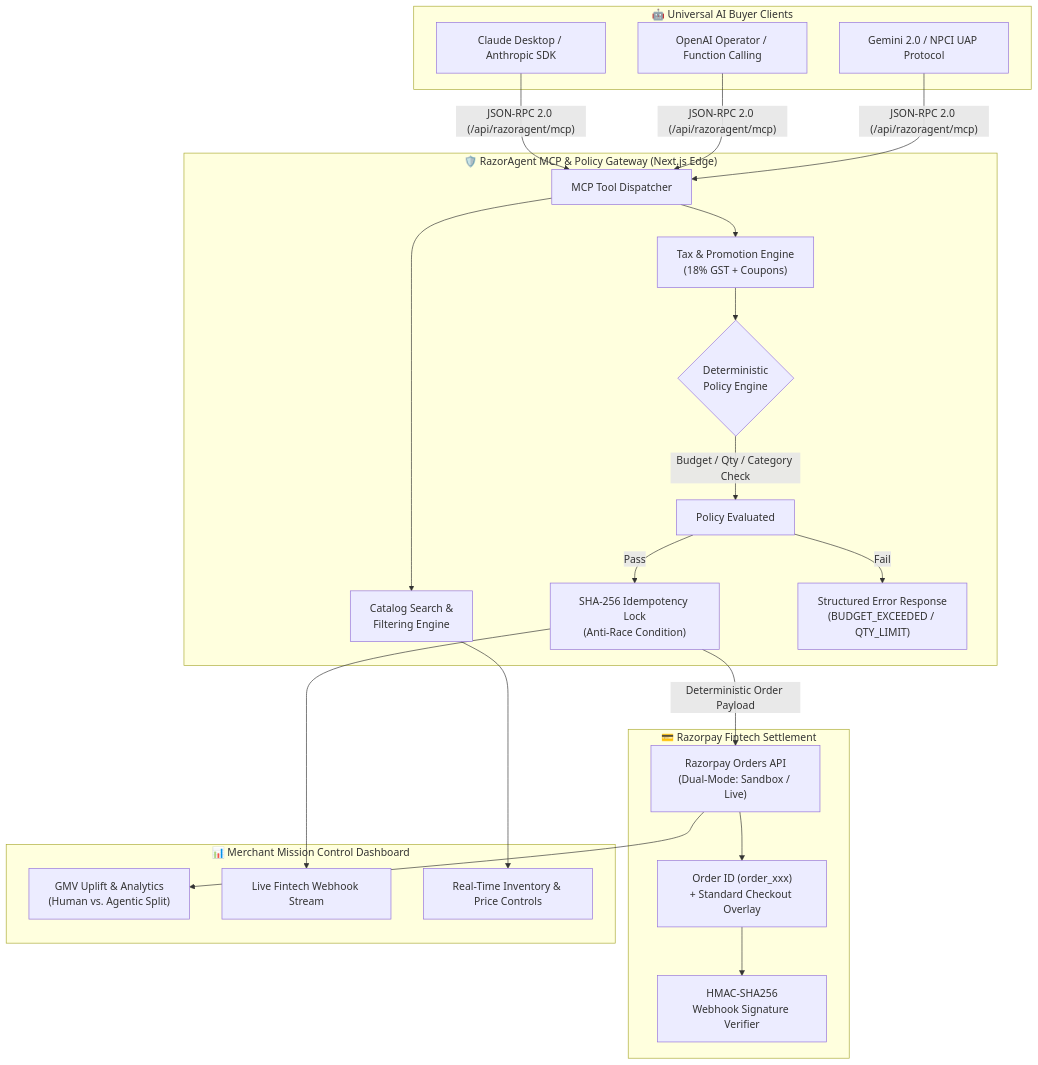
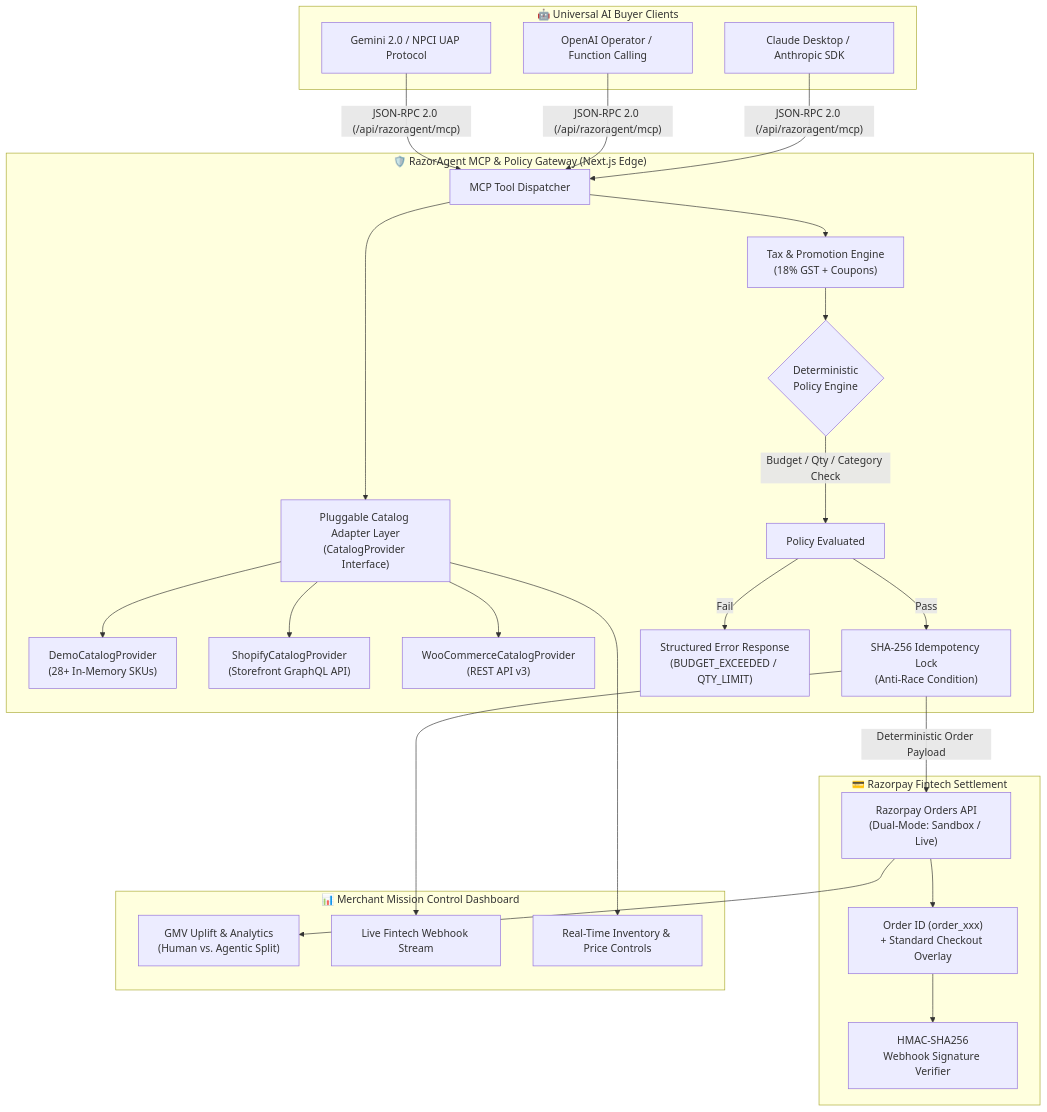
Before and after one commit to Piyush-Thakur7/razoragent: the diagram in README.md, drawn with Mermaid. The commit also changed other lines of this file and 52 other files, not shown here.

Commit message:
feat: release v1.1.0 - pluggable CatalogProvider architecture, Shopify/WooCommerce adapters, merchant connect wizard, and honest labeling

````diff
--- a/README.md
+++ b/README.md
@@ -32,34 +33,39 @@
 ```mermaid
 flowchart TD
     subgraph Client["🤖 Universal AI Buyer Clients"]
         Agent1["Claude Desktop / Anthropic SDK"]
         Agent2["OpenAI Operator / Function Calling"]
         Agent3["Gemini 2.0 / NPCI UAP Protocol"]
     end
 
     subgraph Gateway["🛡️ RazorAgent MCP & Policy Gateway (Next.js Edge)"]
         Agent1 & Agent2 & Agent3 -->|"JSON-RPC 2.0 (/api/razoragent/mcp)"| MCP["MCP Tool Dispatcher"]
         
-        MCP --> Catalog["Catalog Search &\nFiltering Engine"]
+        MCP --> CatalogAdapter["Pluggable Catalog Adapter Layer\n(CatalogProvider Interface)"]
+        
+        CatalogAdapter --> Prov1["DemoCatalogProvider\n(28+ In-Memory SKUs)"]
+        CatalogAdapter --> Prov2["ShopifyCatalogProvider\n(Storefront GraphQL API)"]
+        CatalogAdapter --> Prov3["WooCommerceCatalogProvider\n(REST API v3)"]
+        
         MCP --> Quoting["Tax & Promotion Engine\n(18% GST + Coupons)"]
         
         Quoting --> Guardrails{"Deterministic\nPolicy Engine"}
         
         Guardrails -->|"Budget / Qty / Category Check"| PolicyPassed["Policy Evaluated"]
         
         PolicyPassed -->|"Pass"| Idempotency["SHA-256 Idempotency Lock\n(Anti-Race Condition)"]
         PolicyPassed -->|"Fail"| Reject["Structured Error Response\n(BUDGET_EXCEEDED / QTY_LIMIT)"]
     end
 
     subgraph Settlement["💳 Razorpay Fintech Settlement"]
         Idempotency -->|"Deterministic Order Payload"| RzpAPI["Razorpay Orders API\n(Dual-Mode: Sandbox / Live)"]
         RzpAPI --> Order["Order ID (order_xxx)\n+ Standard Checkout Overlay"]
         Order --> Webhook["HMAC-SHA256\nWebhook Signature Verifier"]
     end
 
     subgraph Console["📊 Merchant Mission Control Dashboard"]
         RzpAPI --> Analytics["GMV Uplift & Analytics\n(Human vs. Agentic Split)"]
         Idempotency --> AuditTrail["Live Fintech Webhook Stream"]
-        Catalog --> StockManager["Real-Time Inventory & Price Controls"]
+        CatalogAdapter --> StockManager["Real-Time Inventory & Price Controls"]
     end
 ```
````
